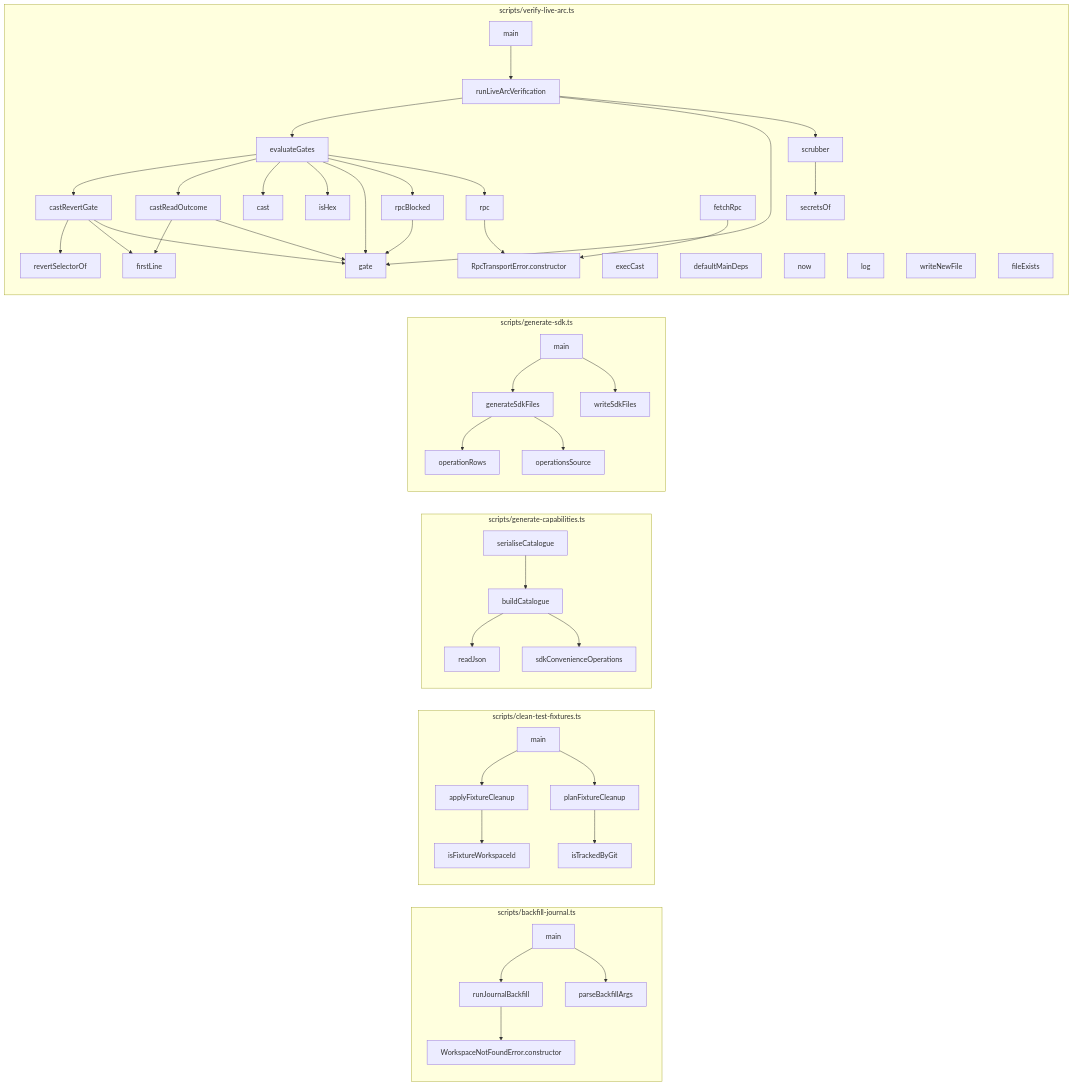
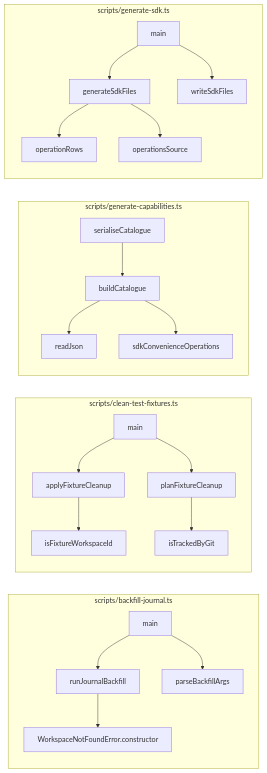
One commit to Jaydearcadian/bind changed the ninth of 11 diagrams in docs/CODEBASE_MAP.md. Above: the diagram before and after it, drawn with Mermaid. The commit also changed other lines of this file, not shown here.

````diff
--- a/docs/CODEBASE_MAP.md
+++ b/docs/CODEBASE_MAP.md
@@ -305,30 +1007,6 @@
     n51["writeSdkFiles"]
     n52["main"]
   end
-  subgraph F4["scripts/verify-live-arc.ts"]
-    n53["RpcTransportError.constructor"]
-    n54["secretsOf"]
-    n55["scrubber"]
-    n56["revertSelectorOf"]
-    n57["firstLine"]
-    n58["isHex"]
-    n59["gate"]
-    n60["rpcBlocked"]
-    n61["castReadOutcome"]
-    n62["castRevertGate"]
-    n63["runLiveArcVerification"]
-    n64["evaluateGates"]
-    n65["rpc"]
-    n66["cast"]
-    n67["execCast"]
-    n68["fetchRpc"]
-    n69["defaultMainDeps"]
-    n70["now"]
-    n71["log"]
-    n72["writeNewFile"]
-    n73["fileExists"]
-    n74["main"]
-  end
   n37 --> n35
   n38 --> n36
   n38 --> n37
@@ -343,24 +1021,4 @@
   n50 --> n49
   n52 --> n51
   n52 --> n50
-  n55 --> n54
-  n60 --> n59
-  n61 --> n59
-  n61 --> n57
-  n62 --> n59
-  n62 --> n57
-  n62 --> n56
-  n63 --> n55
-  n63 --> n59
-  n63 --> n64
-  n64 --> n65
-  n64 --> n60
-  n64 --> n59
-  n64 --> n58
-  n64 --> n66
-  n64 --> n61
-  n64 --> n62
-  n65 --> n53
-  n68 --> n53
-  n74 --> n63
 ```
````
